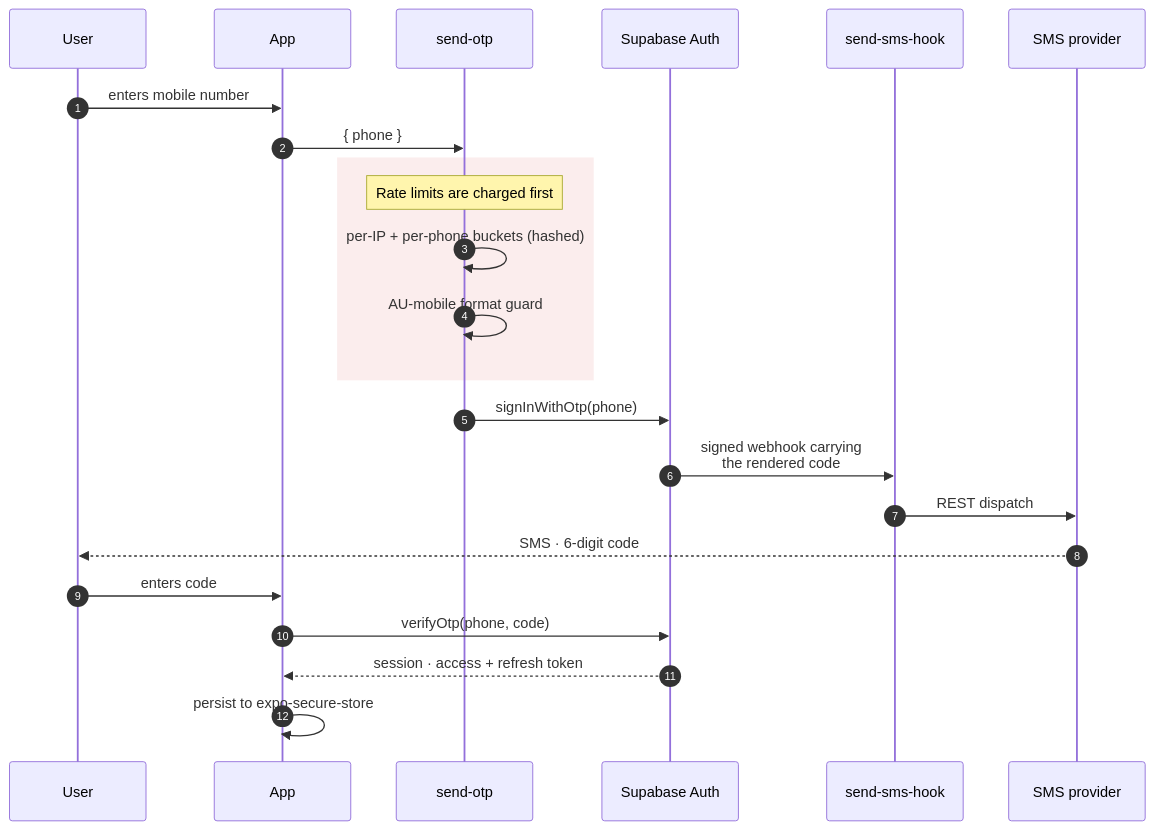
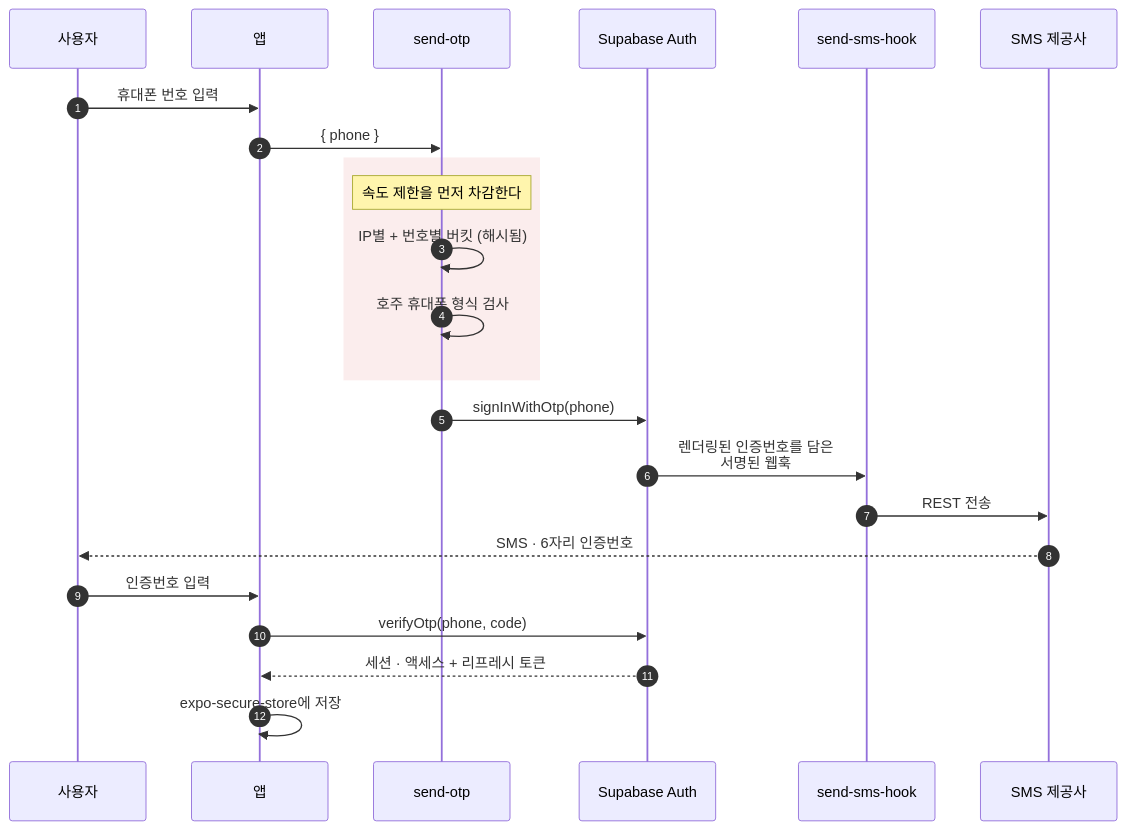
Before and after one commit to PopOut-Market/popout-docs: the diagram in docs/engineering/authentication.md, drawn with Mermaid. The commit also changed other lines of this file and 45 other files, not shown here.

````diff
--- a/docs/engineering/authentication.md
+++ b/docs/engineering/authentication.md
@@ -18,29 +18,29 @@
 ```mermaid
 sequenceDiagram
     autonumber
-    participant U as User
-    participant A as App
+    participant U as 사용자
+    participant A as 앱
     participant SO as send-otp
     participant SA as Supabase Auth
     participant H as send-sms-hook
-    participant P as SMS provider
+    participant P as SMS 제공사
 
-    U->>A: enters mobile number
+    U->>A: 휴대폰 번호 입력
     A->>SO: { phone }
 
     rect rgba(217,83,79,0.10)
-        Note over SO: Rate limits are charged first
-        SO->>SO: per-IP + per-phone buckets (hashed)
-        SO->>SO: AU-mobile format guard
+        Note over SO: 속도 제한을 먼저 차감한다
+        SO->>SO: IP별 + 번호별 버킷 (해시됨)
+        SO->>SO: 호주 휴대폰 형식 검사
     end
 
     SO->>SA: signInWithOtp(phone)
-    SA->>H: signed webhook carrying<br/>the rendered code
-    H->>P: REST dispatch
-    P-->>U: SMS · 6-digit code
+    SA->>H: 렌더링된 인증번호를 담은<br/>서명된 웹훅
+    H->>P: REST 전송
+    P-->>U: SMS · 6자리 인증번호
 
-    U->>A: enters code
+    U->>A: 인증번호 입력
     A->>SA: verifyOtp(phone, code)
-    SA-->>A: session · access + refresh token
-    A->>A: persist to expo-secure-store
+    SA-->>A: 세션 · 액세스 + 리프레시 토큰
+    A->>A: expo-secure-store에 저장
 ```
````
